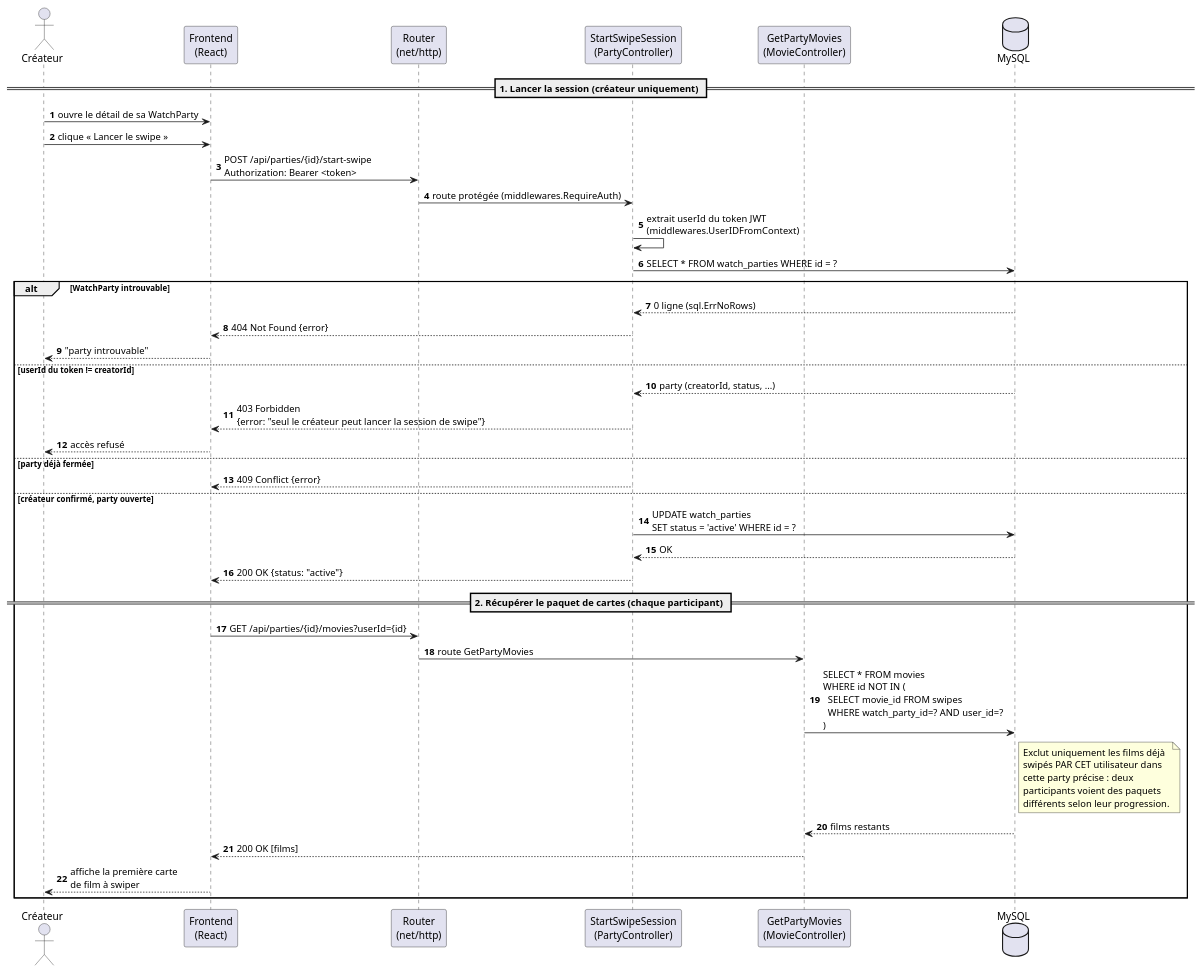
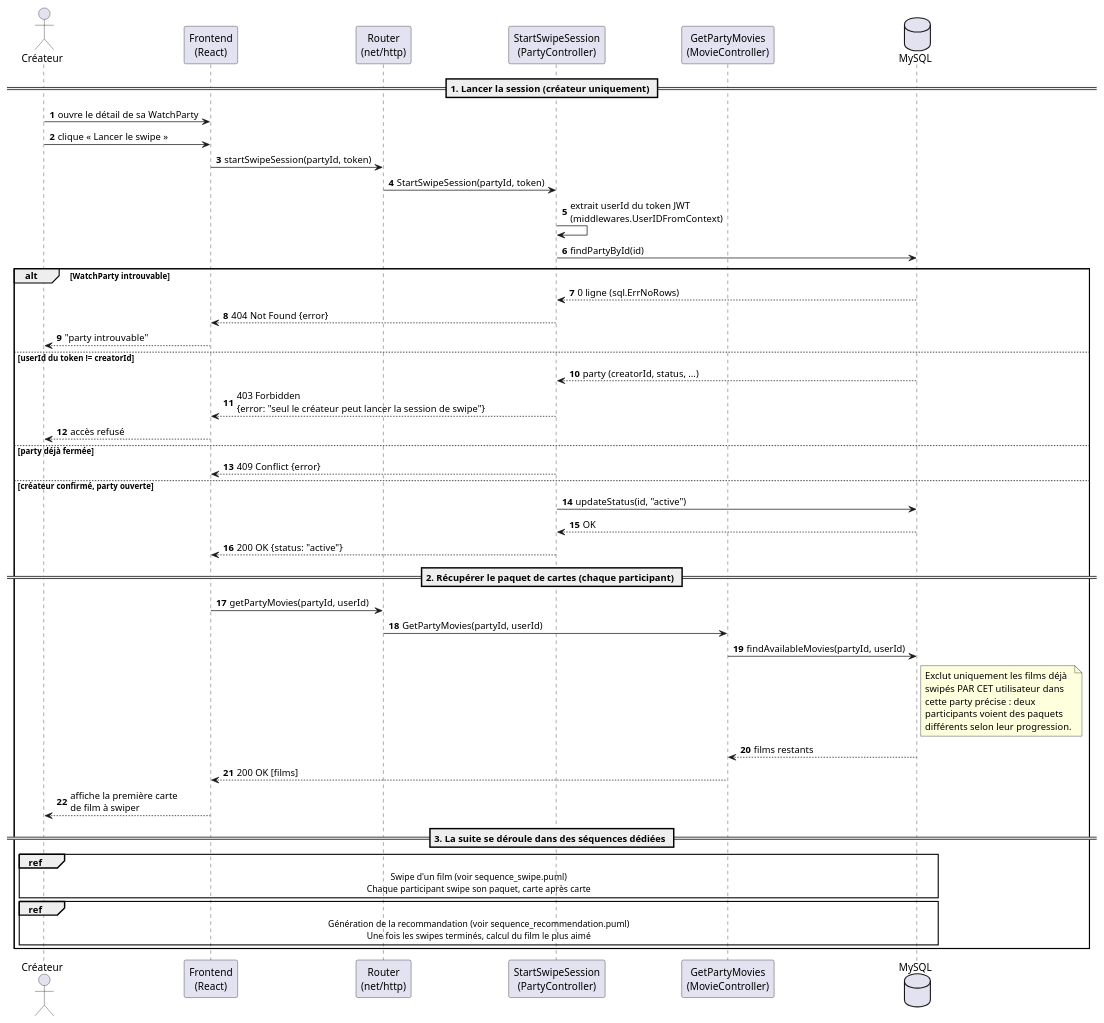
Before and after one commit to fatymut/watchparty: the diagram in docs/uml/sequence_lancer_swipe.puml, drawn with PlantUML. The commit also changed 18 other files, not shown here.

First line of the commit message:
UML : diagramme de cas d'utilisation, objets swipe/invitation, sequence creation soiree, style sequences corrige

```diff
--- a/docs/uml/sequence_lancer_swipe.puml
+++ b/docs/uml/sequence_lancer_swipe.puml
@@ -1,61 +1,73 @@
 @startuml WatchParty - Séquence : Lancement d'une session de swipe
 ' Scénario métier central : une WatchParty passe en mode swipe.
 ' Endpoints réels : POST /api/parties/{id}/start-swipe (protégée JWT, créateur uniquement)
 '                    GET  /api/parties/{id}/movies?userId= (films non encore swipés par cet user)
 ' Entièrement implémenté côté backend (voir party_controller.go, movie_controller.go).
 
 skinparam shadowing false
 autonumber
 
 actor "Créateur" as Owner
 participant "Frontend\n(React)" as Front
 participant "Router\n(net/http)" as Router
 participant "StartSwipeSession\n(PartyController)" as PartyCtrl
 participant "GetPartyMovies\n(MovieController)" as MovieCtrl
 database "MySQL" as DB
 
 == 1. Lancer la session (créateur uniquement) ==
 
 Owner -> Front : ouvre le détail de sa WatchParty
 Owner -> Front : clique « Lancer le swipe »
-Front -> Router : POST /api/parties/{id}/start-swipe\nAuthorization: Bearer <token>
-Router -> PartyCtrl : route protégée (middlewares.RequireAuth)
+Front -> Router : startSwipeSession(partyId, token)
+Router -> PartyCtrl : StartSwipeSession(partyId, token)
 
 PartyCtrl -> PartyCtrl : extrait userId du token JWT\n(middlewares.UserIDFromContext)
-PartyCtrl -> DB : SELECT * FROM watch_parties WHERE id = ?
+PartyCtrl -> DB : findPartyById(id)
 
 alt WatchParty introuvable
   DB --> PartyCtrl : 0 ligne (sql.ErrNoRows)
   PartyCtrl --> Front : 404 Not Found {error}
   Front --> Owner : "party introuvable"
 else userId du token != creatorId
   DB --> PartyCtrl : party (creatorId, status, ...)
   PartyCtrl --> Front : 403 Forbidden\n{error: "seul le créateur peut lancer la session de swipe"}
   Front --> Owner : accès refusé
 else party déjà fermée
   PartyCtrl --> Front : 409 Conflict {error}
 else créateur confirmé, party ouverte
-  PartyCtrl -> DB : UPDATE watch_parties\nSET status = 'active' WHERE id = ?
+  PartyCtrl -> DB : updateStatus(id, "active")
   DB --> PartyCtrl : OK
   PartyCtrl --> Front : 200 OK {status: "active"}
 
   == 2. Récupérer le paquet de cartes (chaque participant) ==
 
-  Front -> Router : GET /api/parties/{id}/movies?userId={id}
-  Router -> MovieCtrl : route GetPartyMovies
+  Front -> Router : getPartyMovies(partyId, userId)
+  Router -> MovieCtrl : GetPartyMovies(partyId, userId)
 
-  MovieCtrl -> DB : SELECT * FROM movies\nWHERE id NOT IN (\n  SELECT movie_id FROM swipes\n  WHERE watch_party_id=? AND user_id=?\n)
+  MovieCtrl -> DB : findAvailableMovies(partyId, userId)
   note right of DB
     Exclut uniquement les films déjà
     swipés PAR CET utilisateur dans
     cette party précise : deux
     participants voient des paquets
     différents selon leur progression.
   end note
   DB --> MovieCtrl : films restants
   MovieCtrl --> Front : 200 OK [films]
 
   Front --> Owner : affiche la première carte\nde film à swiper
+
+  == 3. La suite se déroule dans des séquences dédiées ==
+
+  ref over Owner, Front, Router, PartyCtrl, MovieCtrl, DB
+    Swipe d'un film (voir sequence_swipe.puml)
+    Chaque participant swipe son paquet, carte après carte
+  end ref
+
+  ref over Owner, Front, Router, PartyCtrl, MovieCtrl, DB
+    Génération de la recommandation (voir sequence_recommendation.puml)
+    Une fois les swipes terminés, calcul du film le plus aimé
+  end ref
 end
 
 @enduml
```
